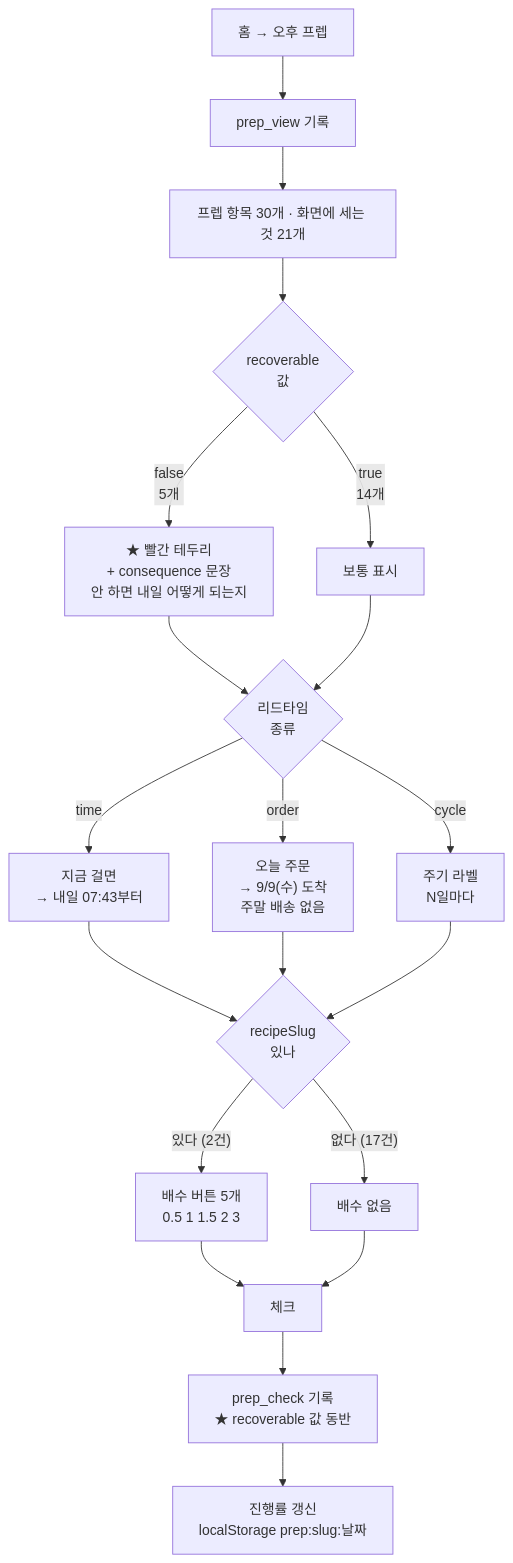
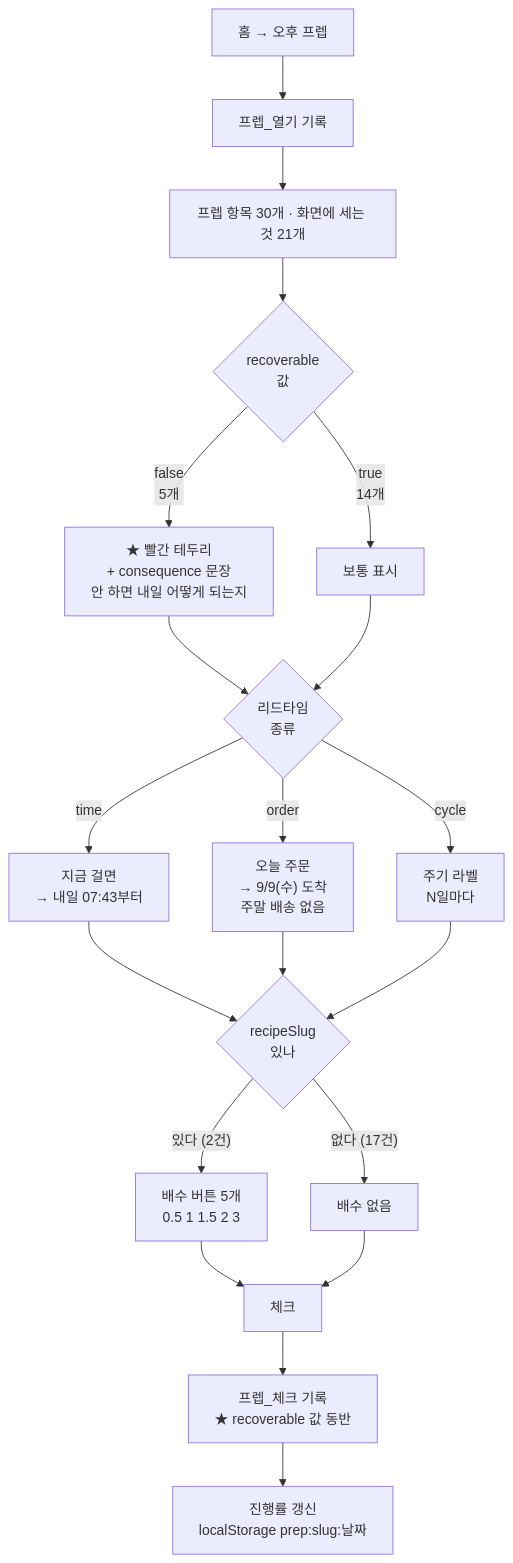
Before and after one commit to JJ0829/store-note: the third of 7 diagrams in docs/deliverables/14_사용자흐름도.md, drawn with Mermaid. The commit also changed other lines of this file and 72 other files, not shown here.

````diff
--- a/docs/deliverables/14_사용자흐름도.md
+++ b/docs/deliverables/14_사용자흐름도.md
@@ -93,25 +93,25 @@
 ```mermaid
 flowchart TB
-  A["홈 → 오후 프렙"] --> B["prep_view 기록"]
+  A["홈 → 오후 프렙"] --> B["프렙_열기 기록"]
   B --> C["프렙 항목 30개 · 화면에 세는 것 21개"]
   C --> D{"recoverable<br/>값"}
   D -->|"false<br/>5개"| E["★ 빨간 테두리<br/>+ consequence 문장<br/>안 하면 내일 어떻게 되는지"]
   D -->|"true<br/>14개"| F["보통 표시"]
 
   E --> G{"리드타임<br/>종류"}
   F --> G
   G -->|"time"| H["지금 걸면<br/>→ 내일 07:43부터"]
   G -->|"order"| I["오늘 주문<br/>→ 9/9(수) 도착<br/>주말 배송 없음"]
   G -->|"cycle"| J["주기 라벨<br/>N일마다"]
 
   H --> K{"recipeSlug<br/>있나"}
   I --> K
   J --> K
   K -->|"있다 (2건)"| L["배수 버튼 5개<br/>0.5 1 1.5 2 3"]
   K -->|"없다 (17건)"| M["배수 없음"]
 
   L --> N["체크"]
   M --> N
-  N --> O["prep_check 기록<br/>★ recoverable 값 동반"]
+  N --> O["프렙_체크 기록<br/>★ recoverable 값 동반"]
   O --> P["진행률 갱신<br/>localStorage prep:slug:날짜"]
 ```
````
